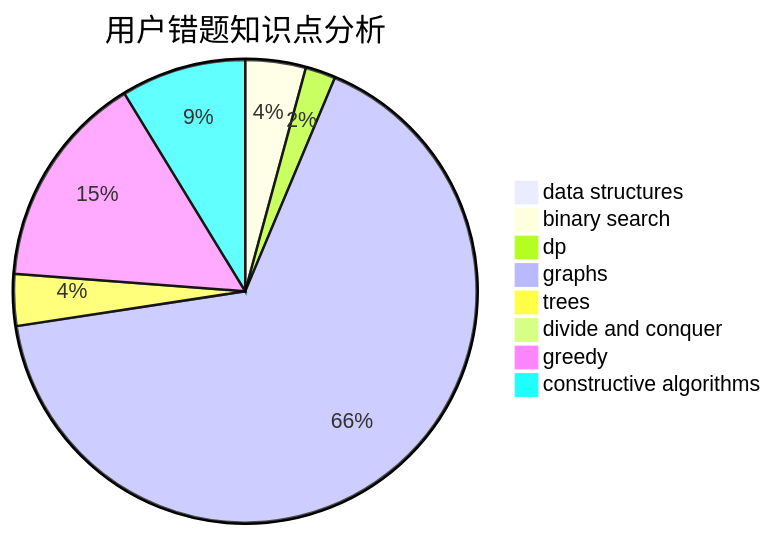
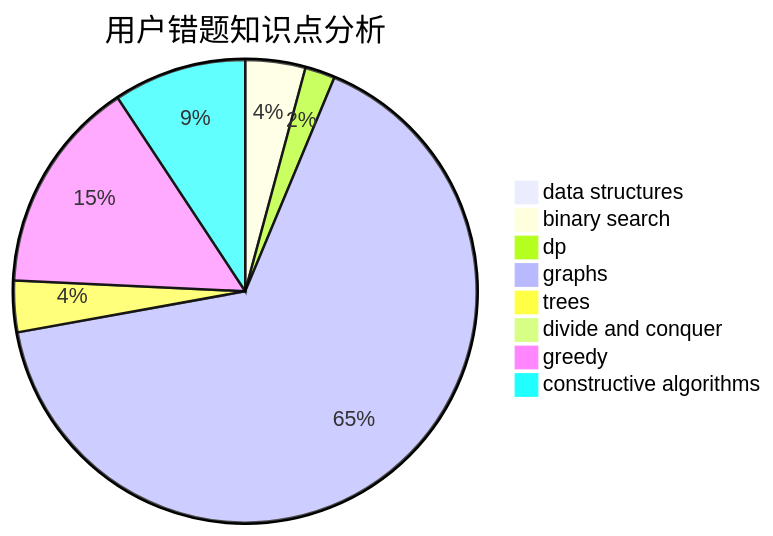
One commit to sherpahu/cfrs.github.io changed the third of 3 diagrams in docs/user/u2242.md. Above: the diagram before and after it, drawn with Mermaid. The commit also changed other lines of this file and 2770 other files, not shown here.

````diff
--- a/docs/user/u2242.md
+++ b/docs/user/u2242.md
@@ -36,11 +36,11 @@
 ```mermaid
 pie title 用户错题知识点分析
     "data structures" :  2
     "binary search" :  14
     "dp" :  7
     "graphs" :  220
     "trees" :  12
     "divide and conquer" :  0
     "greedy" :  50
-    "constructive algorithms" :  29
+    "constructive algorithms" :  31
 ```
````
